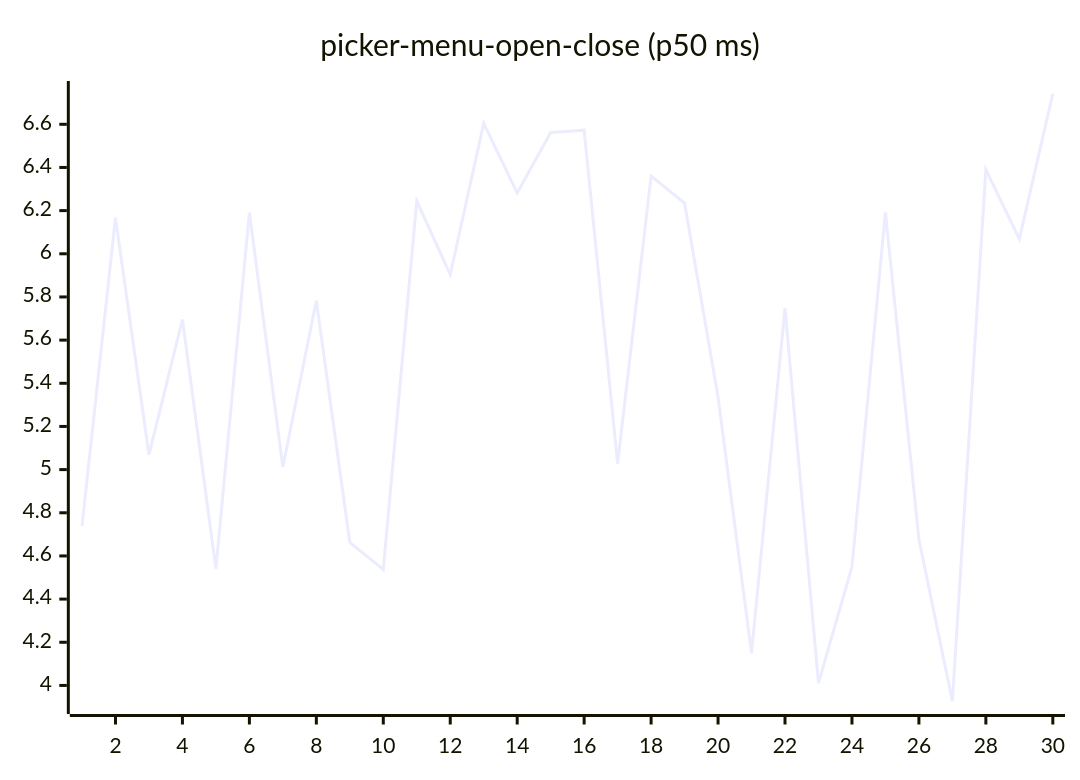
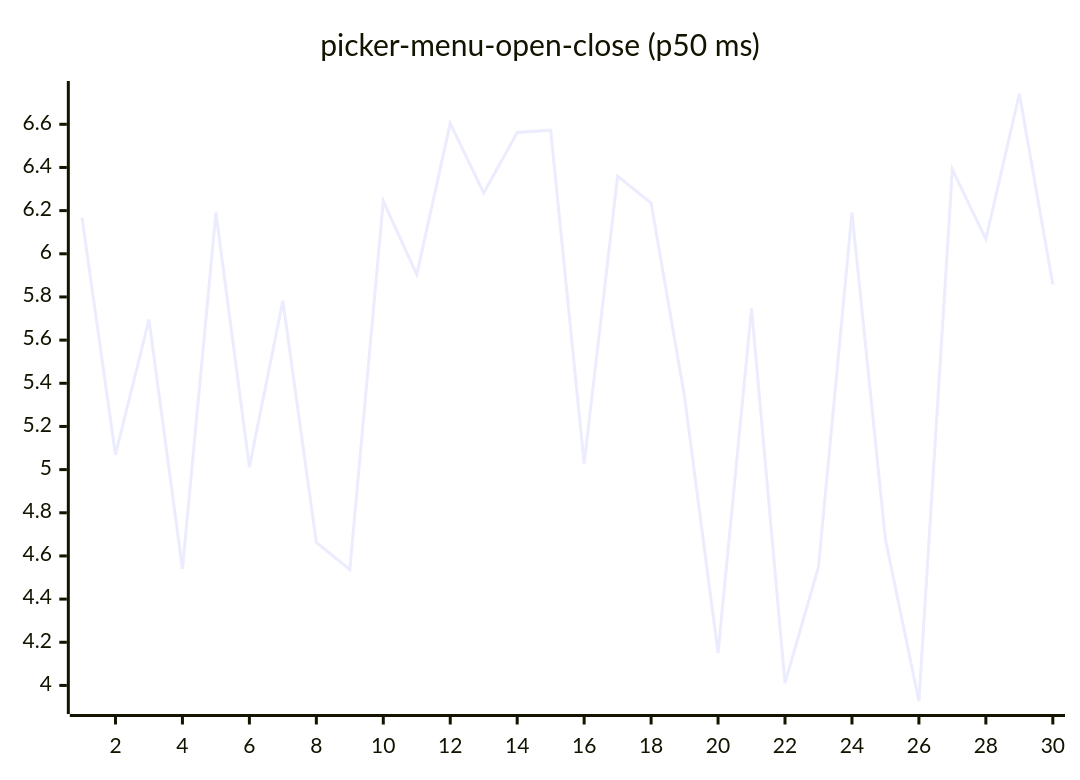
One commit to josha/Facet changed diagram 16 of 27 in README.md. Above: the diagram before and after it, drawn with Mermaid. The commit also changed other lines of this file and 2 other files, not shown here.

````diff
--- a/README.md
+++ b/README.md
@@ -168,6 +168,6 @@
 ```mermaid
 xychart-beta
     title "picker-menu-open-close (p50 ms)"
     x-axis 1 --> 30
-    line [4.7388, 6.1676, 5.0690, 5.6954, 4.5402, 6.1912, 5.0120, 5.7822, 4.6627, 4.5372, 6.2442, 5.9038, 6.6044, 6.2815, 6.5623, 6.5728, 5.0278, 6.3599, 6.2355, 5.3362, 4.1492, 5.7473, 4.0112, 4.5489, 6.1919, 4.6774, 3.9267, 6.3897, 6.0683, 6.7415]
+    line [6.1676, 5.0690, 5.6954, 4.5402, 6.1912, 5.0120, 5.7822, 4.6627, 4.5372, 6.2442, 5.9038, 6.6044, 6.2815, 6.5623, 6.5728, 5.0278, 6.3599, 6.2355, 5.3362, 4.1492, 5.7473, 4.0112, 4.5489, 6.1919, 4.6774, 3.9267, 6.3897, 6.0683, 6.7415, 5.8582]
 ```
````
